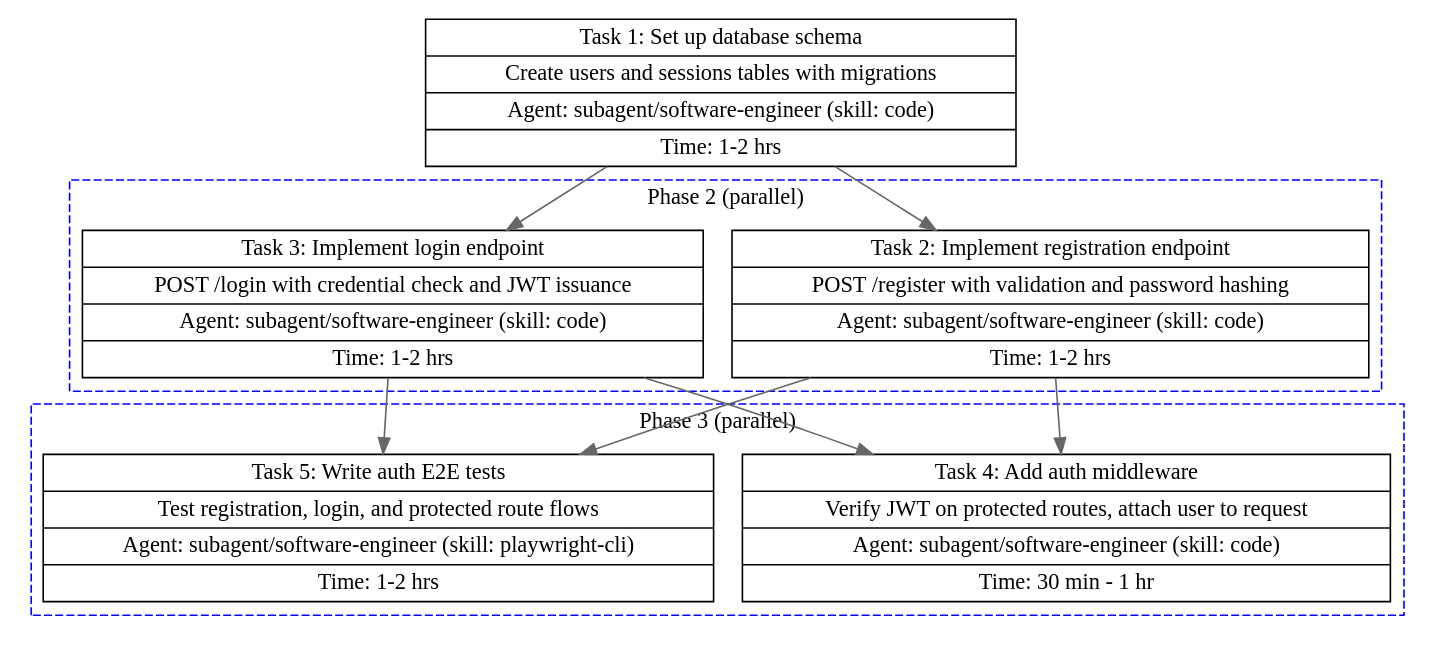
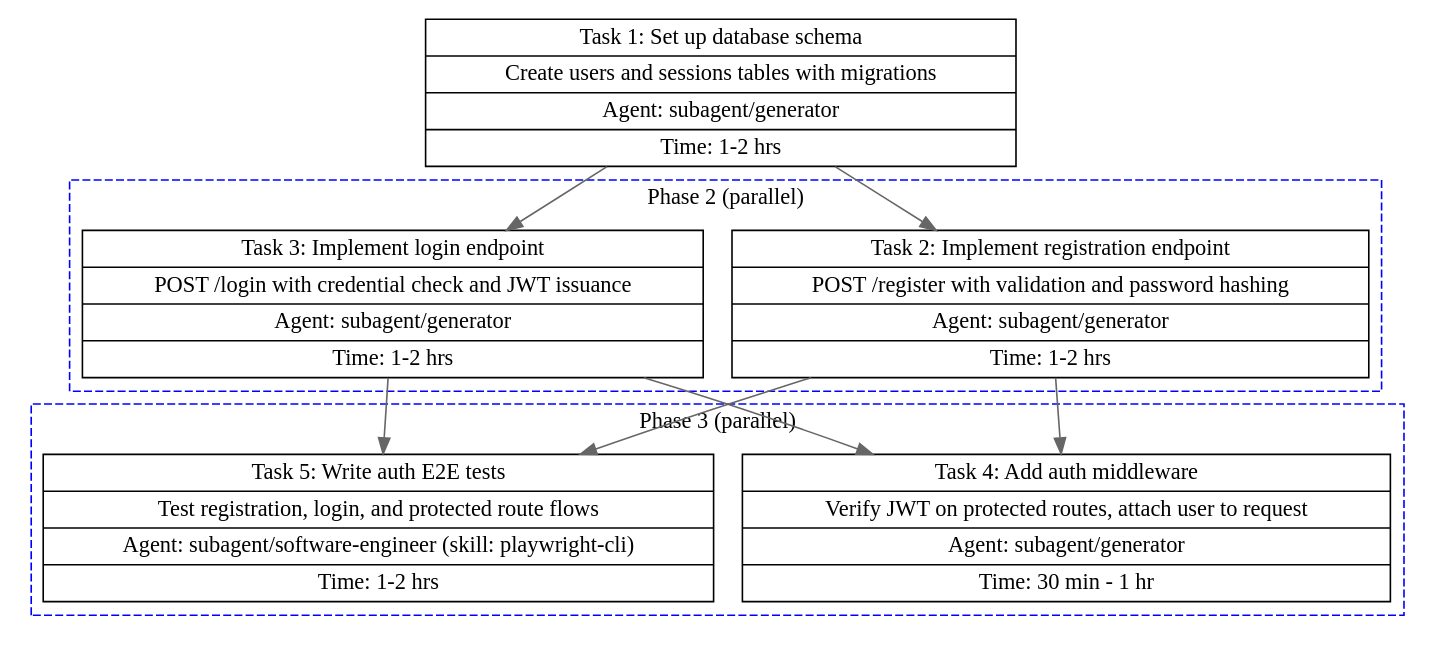
Before and after one commit to jiyeol-lee/dotfiles: the sixth of 6 diagrams in .opencode/skills/task-breakdown/references/digraph.md, drawn with Graphviz. The commit also changed 16 other files, not shown here.

````diff
--- a/.opencode/skills/task-breakdown/references/digraph.md
+++ b/.opencode/skills/task-breakdown/references/digraph.md
@@ -91,55 +91,55 @@
 ```dot
 digraph TaskPlan {
   rankdir=TB;
   node [shape=record, style=filled, fillcolor=white];
   edge [color=gray40];
 
   // Phase 1: single foundation task
   task_1 [
-    label="{Task 1: Set up database schema | Create users and sessions tables with migrations | Agent: subagent/software-engineer (skill: code) | Time: 1-2 hrs}"
+    label="{Task 1: Set up database schema | Create users and sessions tables with migrations | Agent: subagent/generator | Time: 1-2 hrs}"
     URL="./user-auth__task-001.md"
   ];
 
   // Phase 2: two parallel tasks
   subgraph cluster_group_1 {
     label="Phase 2 (parallel)";
     style=dashed;
     color=blue;
 
     task_2 [
-      label="{Task 2: Implement registration endpoint | POST /register with validation and password hashing | Agent: subagent/software-engineer (skill: code) | Time: 1-2 hrs}"
+      label="{Task 2: Implement registration endpoint | POST /register with validation and password hashing | Agent: subagent/generator | Time: 1-2 hrs}"
       URL="./user-auth__task-002.md"
     ];
 
     task_3 [
-      label="{Task 3: Implement login endpoint | POST /login with credential check and JWT issuance | Agent: subagent/software-engineer (skill: code) | Time: 1-2 hrs}"
+      label="{Task 3: Implement login endpoint | POST /login with credential check and JWT issuance | Agent: subagent/generator | Time: 1-2 hrs}"
       URL="./user-auth__task-003.md"
     ];
   }
 
   // Phase 3: two parallel tasks
   subgraph cluster_group_2 {
     label="Phase 3 (parallel)";
     style=dashed;
     color=blue;
 
     task_4 [
-      label="{Task 4: Add auth middleware | Verify JWT on protected routes, attach user to request | Agent: subagent/software-engineer (skill: code) | Time: 30 min - 1 hr}"
+      label="{Task 4: Add auth middleware | Verify JWT on protected routes, attach user to request | Agent: subagent/generator | Time: 30 min - 1 hr}"
       URL="./user-auth__task-004.md"
     ];
 
     task_5 [
       label="{Task 5: Write auth E2E tests | Test registration, login, and protected route flows | Agent: subagent/software-engineer (skill: playwright-cli) | Time: 1-2 hrs}"
       URL="./user-auth__task-005.md"
     ];
   }
 
   // Dependencies
   task_1 -> task_2;
   task_1 -> task_3;
   task_2 -> task_4;
   task_3 -> task_4;
   task_2 -> task_5;
   task_3 -> task_5;
 }
 ```
````
